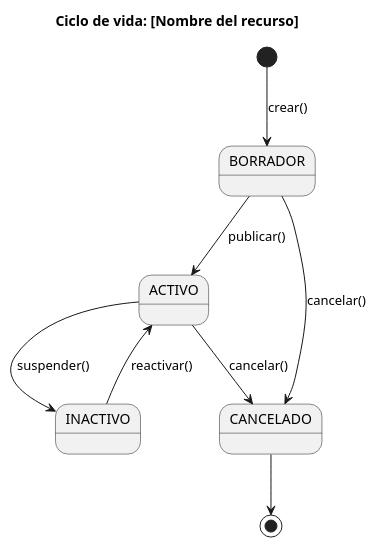
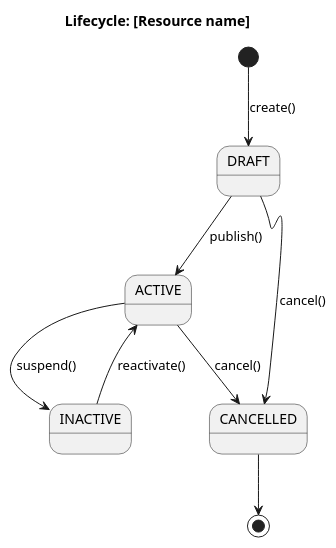
One commit to jesusarielgb-works/microservices-governance-framework changed the third of 4 diagrams in 08-uml/diagram-index.md. Above: the diagram before and after it, drawn with PlantUML. The commit also changed other lines of this file and 83 other files, not shown here.

First line of the commit message:
docs: translate all content to English + add SVG diagrams

````diff
--- a/08-uml/diagram-index.md
+++ b/08-uml/diagram-index.md
@@ -123,19 +123,19 @@
 ```plantuml
-@startuml state-ejemplo
+@startuml state-example
 
-title Ciclo de vida: [Nombre del recurso]
+title Lifecycle: [Resource name]
 
-[*] --> BORRADOR : crear()
+[*] --> DRAFT : create()
 
-BORRADOR --> ACTIVO : publicar()
-BORRADOR --> CANCELADO : cancelar()
+DRAFT --> ACTIVE : publish()
+DRAFT --> CANCELLED : cancel()
 
-ACTIVO --> INACTIVO : suspender()
-ACTIVO --> CANCELADO : cancelar()
+ACTIVE --> INACTIVE : suspend()
+ACTIVE --> CANCELLED : cancel()
 
-INACTIVO --> ACTIVO : reactivar()
+INACTIVE --> ACTIVE : reactivate()
 
-CANCELADO --> [*]
+CANCELLED --> [*]
 
 @enduml
 ```
````
